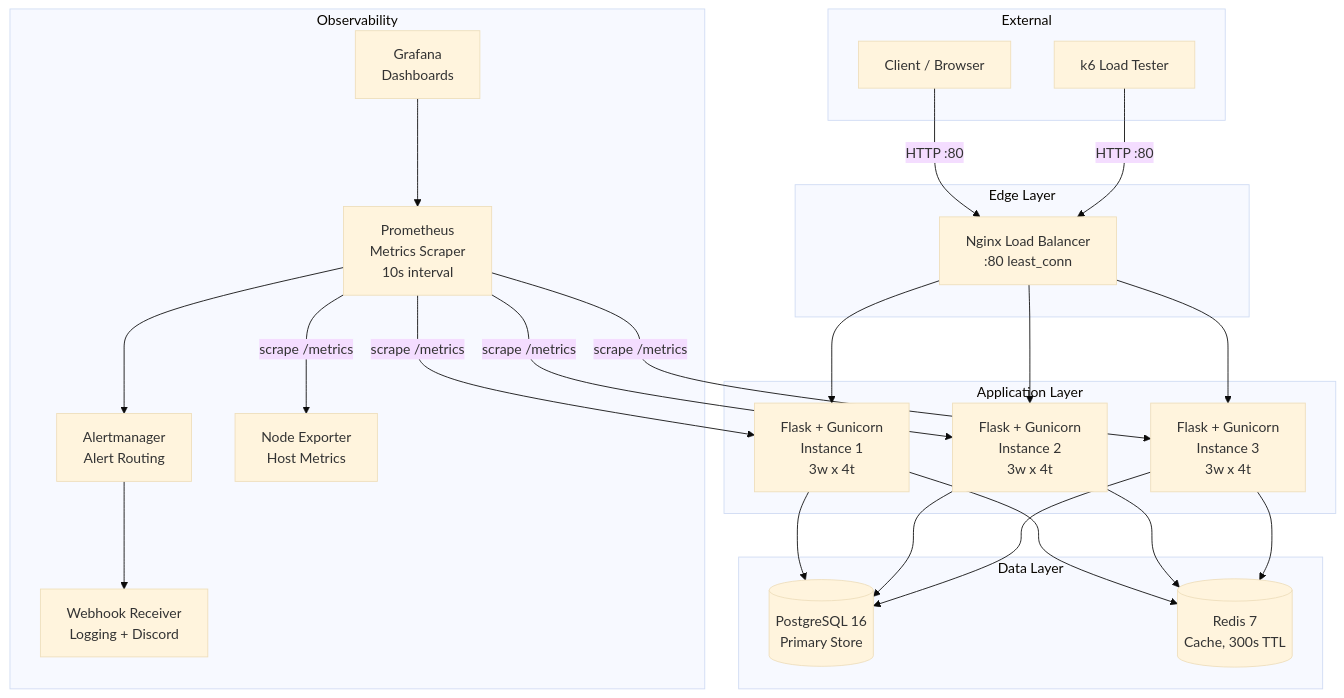
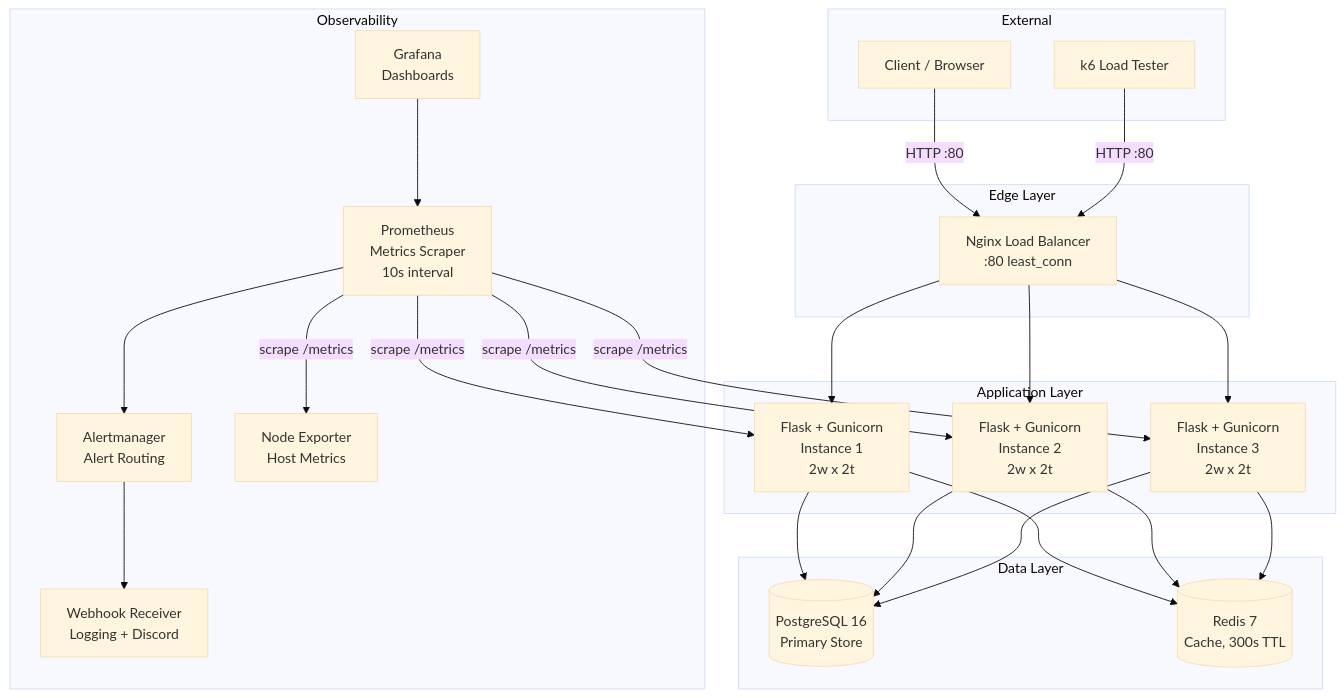
One commit to ElijahUmana/pe-hackathon changed the first of 2 diagrams in docs/architecture.md. Above: the diagram before and after it, drawn with Mermaid (base theme). The commit also changed other lines of this file and 11 other files, not shown here.

````diff
--- a/docs/architecture.md
+++ b/docs/architecture.md
@@ -5,51 +5,51 @@
 ```mermaid
 graph TB
     subgraph "External"
         Client[Client / Browser]
         K6[k6 Load Tester]
     end
 
     subgraph "Edge Layer"
         Nginx[Nginx Load Balancer<br/>:80 least_conn]
     end
 
     subgraph "Application Layer"
-        App1[Flask + Gunicorn<br/>Instance 1<br/>3w x 4t]
-        App2[Flask + Gunicorn<br/>Instance 2<br/>3w x 4t]
-        App3[Flask + Gunicorn<br/>Instance 3<br/>3w x 4t]
+        App1[Flask + Gunicorn<br/>Instance 1<br/>2w x 2t]
+        App2[Flask + Gunicorn<br/>Instance 2<br/>2w x 2t]
+        App3[Flask + Gunicorn<br/>Instance 3<br/>2w x 2t]
     end
 
     subgraph "Data Layer"
         PG[(PostgreSQL 16<br/>Primary Store)]
         Redis[(Redis 7<br/>Cache, 300s TTL)]
     end
 
     subgraph "Observability"
         Prom[Prometheus<br/>Metrics Scraper<br/>10s interval]
         Grafana[Grafana<br/>Dashboards]
         AM[Alertmanager<br/>Alert Routing]
         NE[Node Exporter<br/>Host Metrics]
         WH[Webhook Receiver<br/>Logging + Discord]
     end
 
     Client -->|HTTP :80| Nginx
     K6 -->|HTTP :80| Nginx
     Nginx --> App1
     Nginx --> App2
     Nginx --> App3
 
     App1 --> PG
     App2 --> PG
     App3 --> PG
     App1 --> Redis
     App2 --> Redis
     App3 --> Redis
 
     Prom -->|scrape /metrics| App1
     Prom -->|scrape /metrics| App2
     Prom -->|scrape /metrics| App3
     Prom -->|scrape /metrics| NE
     Prom --> AM
     AM --> WH
     Grafana --> Prom
 ```
````
